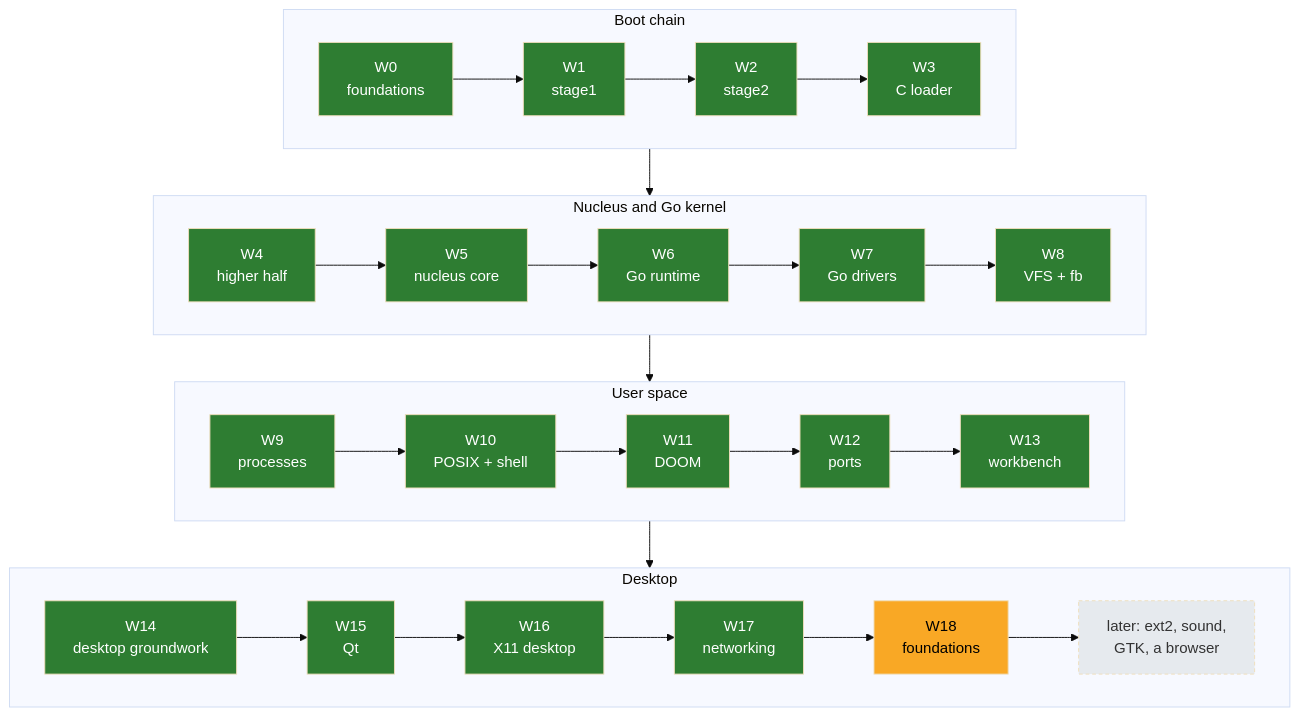
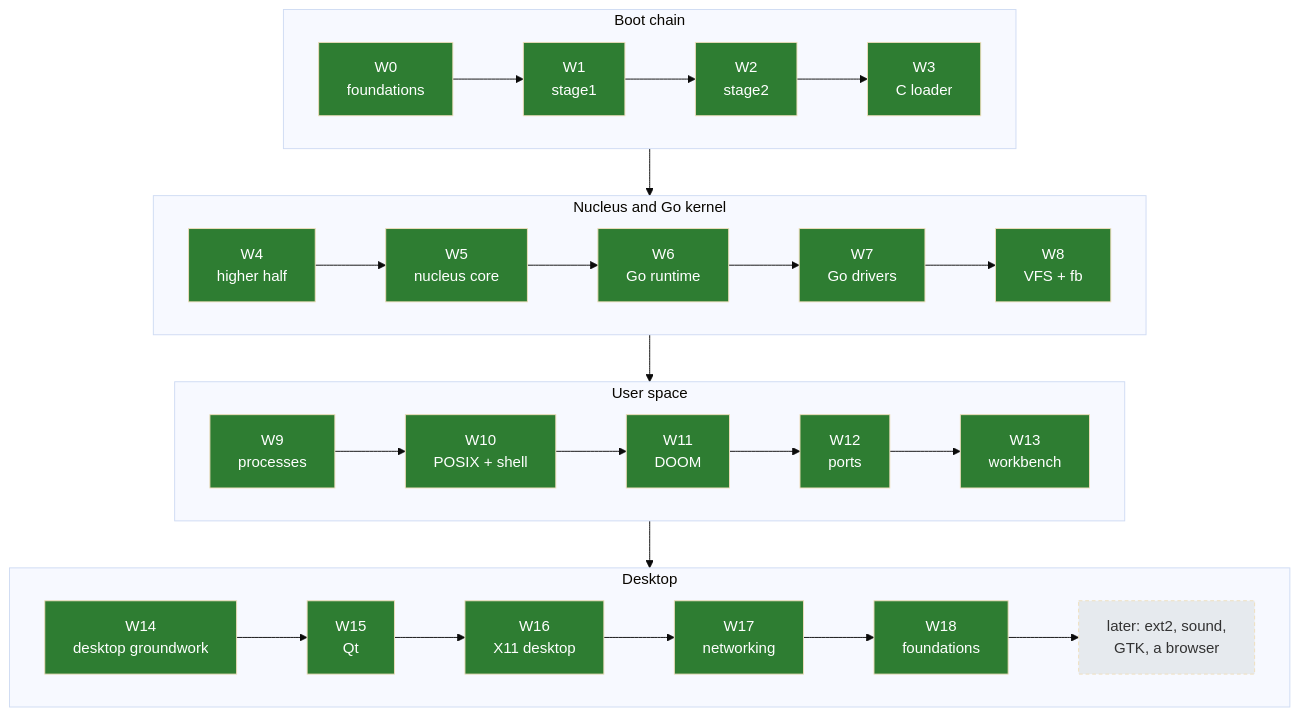
The diagram in docs/04-plan/ROADMAP.md (decagondev/burrow), drawn with Mermaid (base theme) before and after one commit. The commit also changed other lines of this file and 30 other files, not shown here.

````diff
--- a/docs/04-plan/ROADMAP.md
+++ b/docs/04-plan/ROADMAP.md
@@ -27,26 +27,25 @@
 ```mermaid
 flowchart TB
     subgraph boot["Boot chain"]
         direction LR
         W0["W0<br/>foundations"] --> W1["W1<br/>stage1"] --> W2["W2<br/>stage2"] --> W3["W3<br/>C loader"]
     end
     subgraph core["Nucleus and Go kernel"]
         direction LR
         W4["W4<br/>higher half"] --> W5["W5<br/>nucleus core"] --> W6["W6<br/>Go runtime"] --> W7["W7<br/>Go drivers"] --> W8["W8<br/>VFS + fb"]
     end
     subgraph unix["User space"]
         direction LR
         W9["W9<br/>processes"] --> W10["W10<br/>POSIX + shell"] --> W11["W11<br/>DOOM"] --> W12["W12<br/>ports"] --> W13["W13<br/>workbench"]
     end
     subgraph desk["Desktop"]
         direction LR
         W14["W14<br/>desktop groundwork"] --> W15["W15<br/>Qt"] --> W16["W16<br/>X11 desktop"] --> W17["W17<br/>networking"] --> W18["W18<br/>foundations"] --> X["later: ext2, sound,<br/>GTK, a browser"]
     end
     boot --> core --> unix --> desk
     classDef done fill:#2e7d32,color:#fff;
     classDef next fill:#f9a825,color:#000;
     classDef later fill:#e6eaee,color:#333,stroke-dasharray: 4 3;
-    class W0,W1,W2,W3,W4,W5,W6,W7,W8,W9,W10,W11,W12,W13,W14,W15,W16,W17 done;
-    class W18 next;
+    class W0,W1,W2,W3,W4,W5,W6,W7,W8,W9,W10,W11,W12,W13,W14,W15,W16,W17,W18 done;
     class X later;
 ```
````
